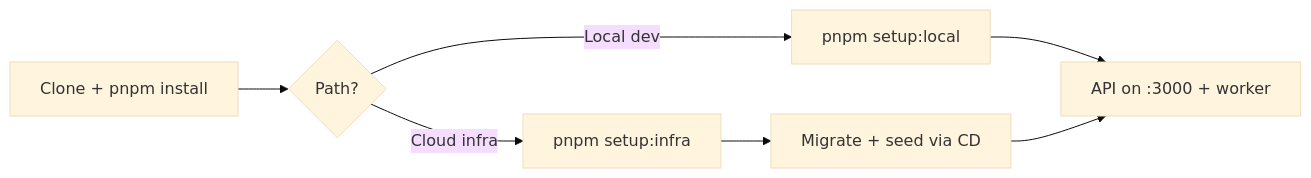
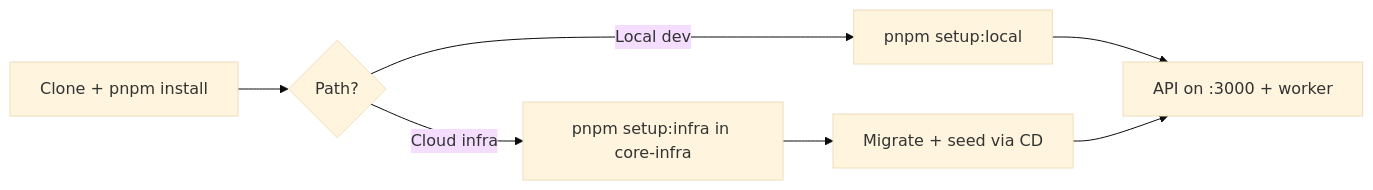
One commit to nikunjmavani/core-be changed the diagram in SETUP.md. Above: the diagram before and after it, drawn with Mermaid (base theme). The commit also changed other lines of this file and 16 other files, not shown here.

First line of the commit message:
docs(core-infra): frame extracted provisioning commands across all remaining docs (#943)

````diff
--- a/SETUP.md
+++ b/SETUP.md
@@ -30,8 +30,8 @@
 ```mermaid
 flowchart LR
   A[Clone + pnpm install] --> B{Path?}
   B -->|Local dev| C[pnpm setup:local]
-  B -->|Cloud infra| D[pnpm setup:infra]
+  B -->|Cloud infra| D[pnpm setup:infra in core-infra]
   C --> E[API on :3000 + worker]
   D --> F[Migrate + seed via CD] --> E
 ```
````
